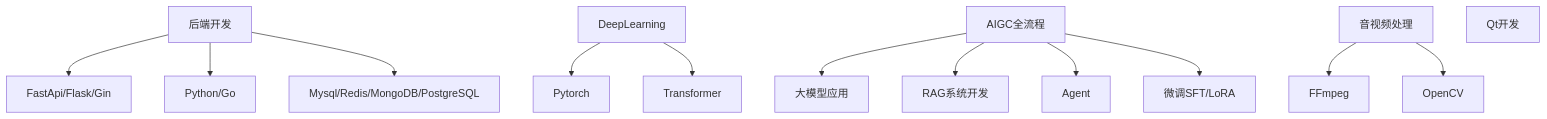
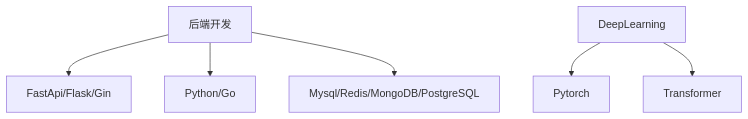
The first of 2 diagrams in docs/index.md (LiuCH4NG/LiuCH4NG.github.io), drawn with Mermaid before and after one commit. The commit also changed other lines of this file and 55 other files, not shown here.

````diff
--- a/docs/index.md
+++ b/docs/index.md
@@ -20,15 +20,8 @@
 ```mermaid
 graph TD
     A[后端开发] --> B[FastApi/Flask/Gin]
     A --> C[Python/Go]
     A --> D[Mysql/Redis/MongoDB/PostgreSQL]
     G[DeepLearning] --> H[Pytorch]
     G --> I[Transformer]
-    K[AIGC全流程] --> L[大模型应用]
-    K --> M[RAG系统开发]
-    K --> N[Agent]
-    K --> TA[微调SFT/LoRA]
-    O[音视频处理] --> P[FFmpeg]
-    O --> Q[OpenCV]
-    R[Qt开发]
 ```
````
